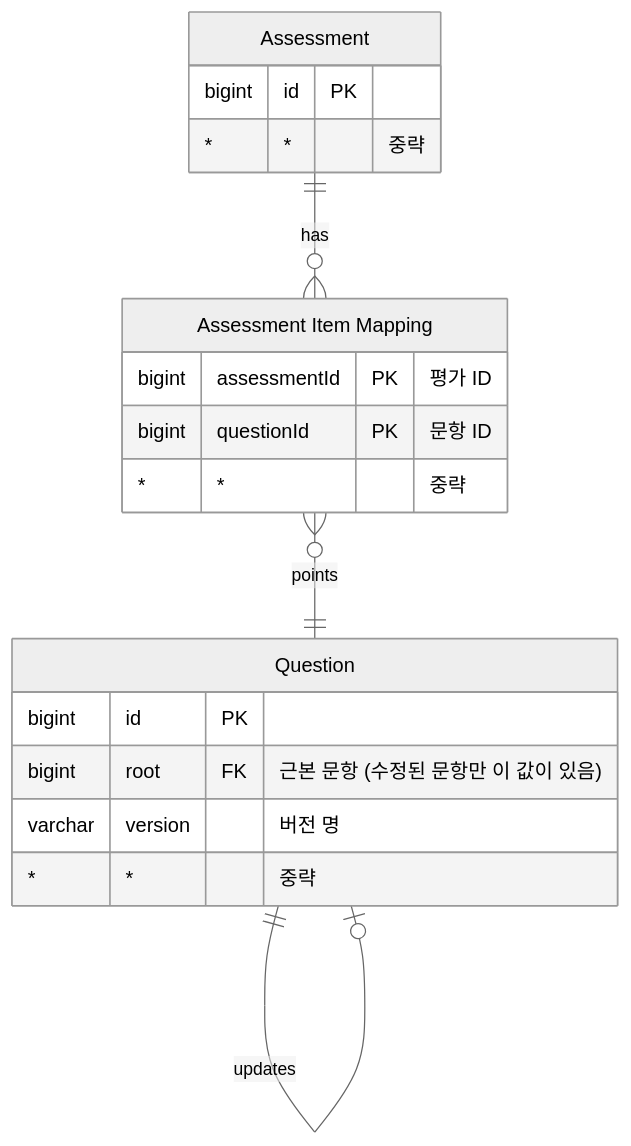
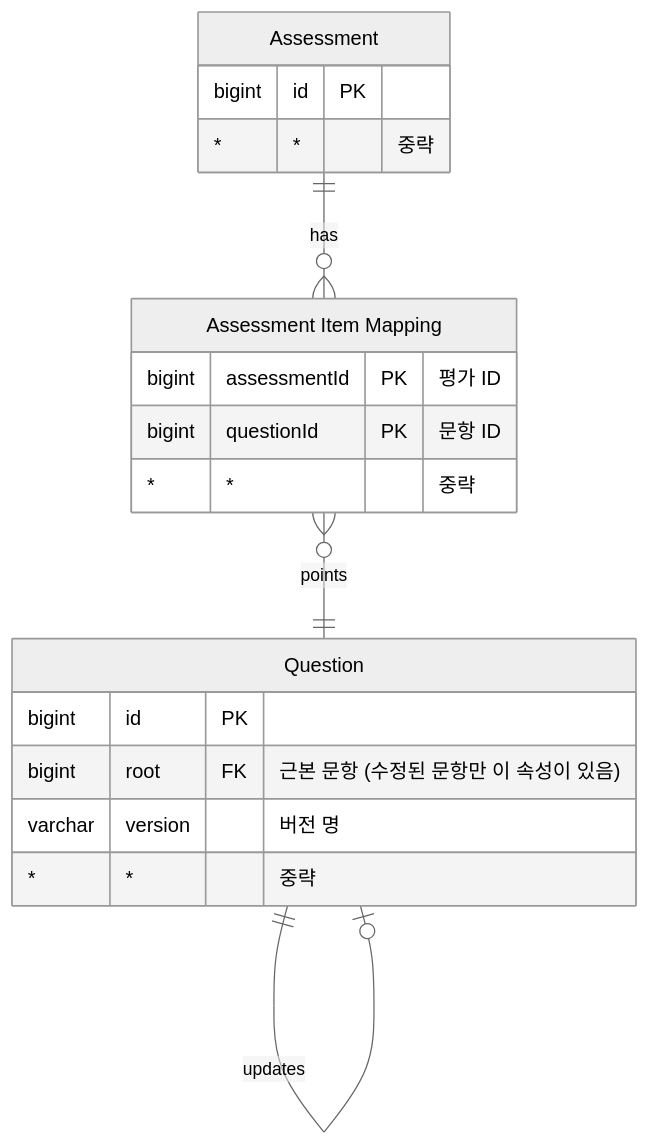
The first of 2 diagrams in docs/회의록/240316.md (SQL-GURU/sql-guru), drawn with Mermaid (neutral theme) before and after one commit.

Commit message:
Update 회의록 240316

````diff
--- a/docs/회의록/240316.md
+++ b/docs/회의록/240316.md
@@ -20,27 +20,27 @@
 ```mermaid
 erDiagram
 
   a ||--o{ m : has
 
   a["Assessment"] {
     bigint id PK
     * * "중략"
   }
 
   m }o--|| q : points
 
   m["Assessment Item Mapping"] {
     bigint assessmentId PK "평가 ID"
     bigint questionId PK "문항 ID"
     * * "중략"
   }
 
   q ||--o| q : updates
 
   q["Question"] {
     bigint id PK
-    bigint root FK "근본 문항 (수정된 문항만 이 값이 있음)"
+    bigint root FK "근본 문항 (수정된 문항만 이 속성이 있음)"
     varchar version "버전 명"
     * * "중략"
   }
 ```
````
